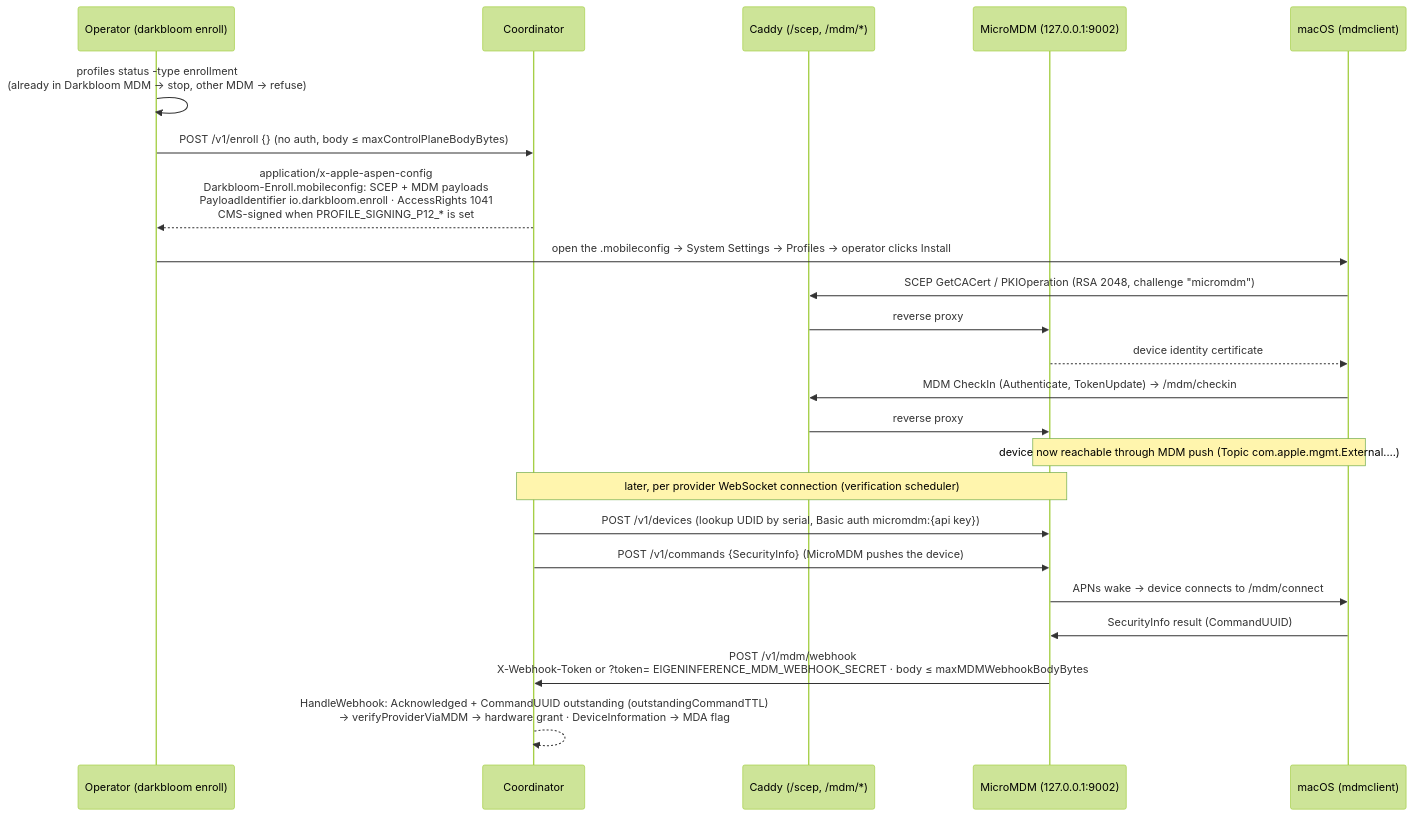
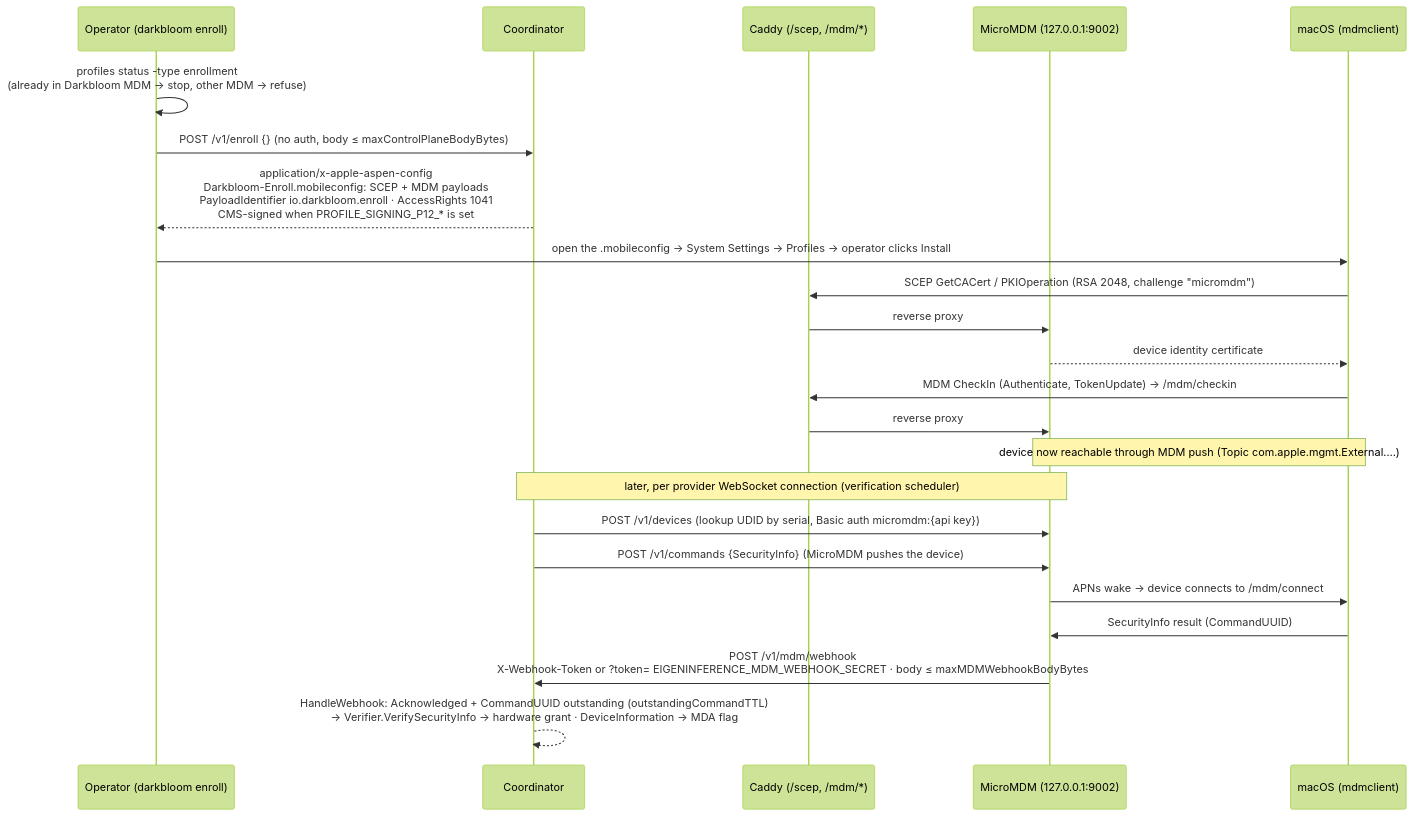
Before and after one commit to Layr-Labs/d-inference: the diagram in docs/architecture/security/enrollment.md, drawn with Mermaid (forest theme). The commit also changed other lines of this file and 18 other files, not shown here.

Commit message:
docs(provider): document registration and device verification

````diff
--- a/docs/architecture/security/enrollment.md
+++ b/docs/architecture/security/enrollment.md
@@ -22,27 +22,27 @@
 ```mermaid
 sequenceDiagram
     participant O as Operator (darkbloom enroll)
     participant K as Coordinator
     participant X as Caddy (/scep, /mdm/*)
     participant M as MicroMDM (127.0.0.1:9002)
     participant D as macOS (mdmclient)
 
     O->>O: profiles status -type enrollment<br/>(already in Darkbloom MDM → stop, other MDM → refuse)
     O->>K: POST /v1/enroll {} (no auth, body ≤ maxControlPlaneBodyBytes)
     K-->>O: application/x-apple-aspen-config<br/>Darkbloom-Enroll.mobileconfig: SCEP + MDM payloads<br/>PayloadIdentifier io.darkbloom.enroll · AccessRights 1041<br/>CMS-signed when PROFILE_SIGNING_P12_* is set
     O->>D: open the .mobileconfig → System Settings → Profiles → operator clicks Install
     D->>X: SCEP GetCACert / PKIOperation (RSA 2048, challenge "micromdm")
     X->>M: reverse proxy
     M-->>D: device identity certificate
     D->>X: MDM CheckIn (Authenticate, TokenUpdate) → /mdm/checkin
     X->>M: reverse proxy
     Note over D,M: device now reachable through MDM push (Topic com.apple.mgmt.External.…)
 
     Note over K,M: later, per provider WebSocket connection (verification scheduler)
     K->>M: POST /v1/devices (lookup UDID by serial, Basic auth micromdm:{api key})
     K->>M: POST /v1/commands {SecurityInfo} (MicroMDM pushes the device)
     M->>D: APNs wake → device connects to /mdm/connect
     D->>M: SecurityInfo result (CommandUUID)
     M->>K: POST /v1/mdm/webhook<br/>X-Webhook-Token or ?token= EIGENINFERENCE_MDM_WEBHOOK_SECRET · body ≤ maxMDMWebhookBodyBytes
-    K-->>K: HandleWebhook: Acknowledged + CommandUUID outstanding (outstandingCommandTTL)<br/>→ verifyProviderViaMDM → hardware grant · DeviceInformation → MDA flag
+    K-->>K: HandleWebhook: Acknowledged + CommandUUID outstanding (outstandingCommandTTL)<br/>→ Verifier.VerifySecurityInfo → hardware grant · DeviceInformation → MDA flag
 ```
````
